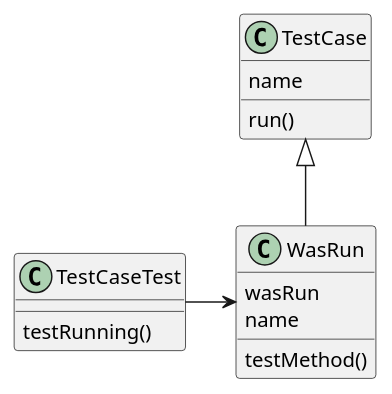
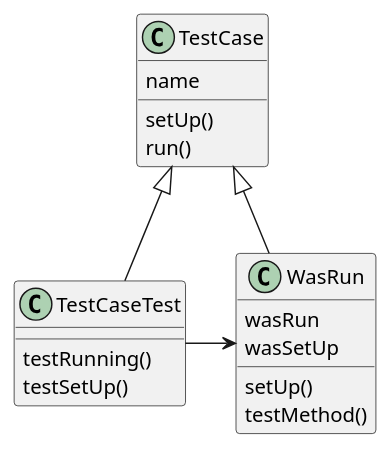
One commit to k2works/etude_for_python changed the diagram in docs/_tdd.md. Above: the diagram before and after it, drawn with PlantUML. The commit also changed other lines of this file and 3 other files, not shown here.

````diff
--- a/docs/_tdd.md
+++ b/docs/_tdd.md
@@ -24,19 +24,23 @@
 ```puml
 class TestCase {
   name
+  setUp()
   run()
 }
 class WasRun {
   wasRun  
-  name
+  wasSetUp
+  setUp()  
   testMethod()
 }
 
 class TestCaseTest {
   testRunning()
+  testSetUp()
 }
+TestCase <|-- TestCaseTest
+TestCase <|-- WasRun
 TestCaseTest -> WasRun
-TestCase <|-- WasRun
 
 
 ```
````
